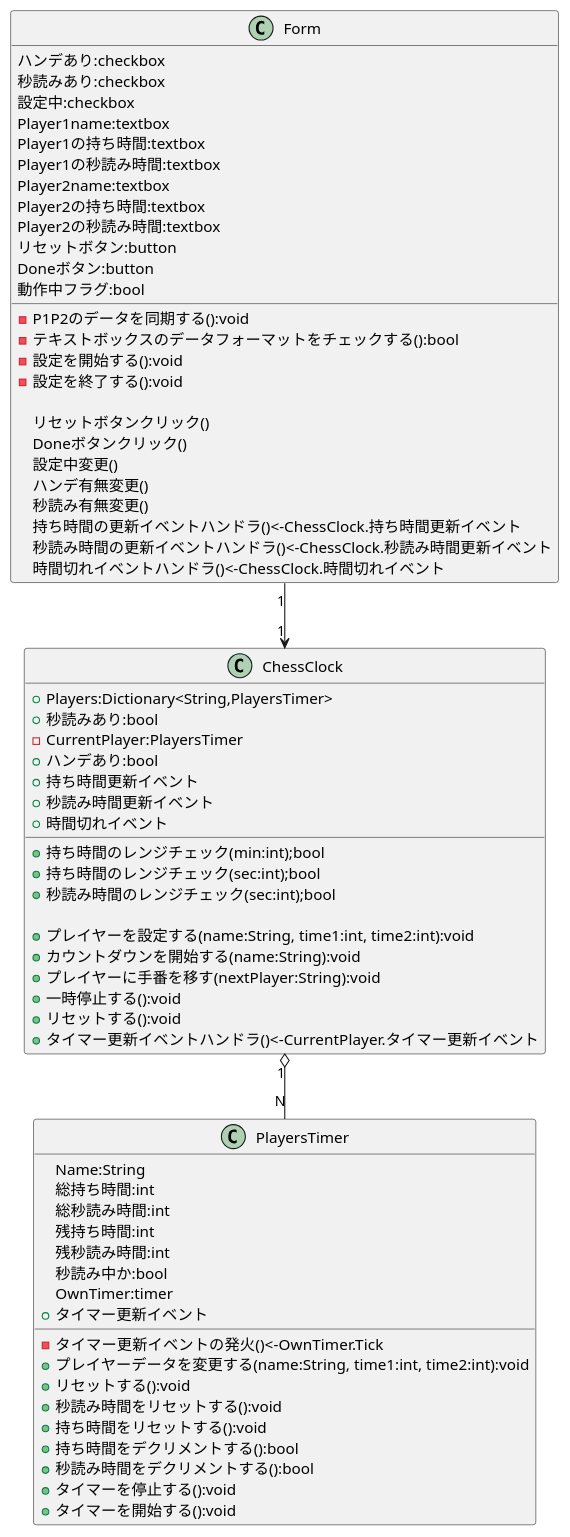
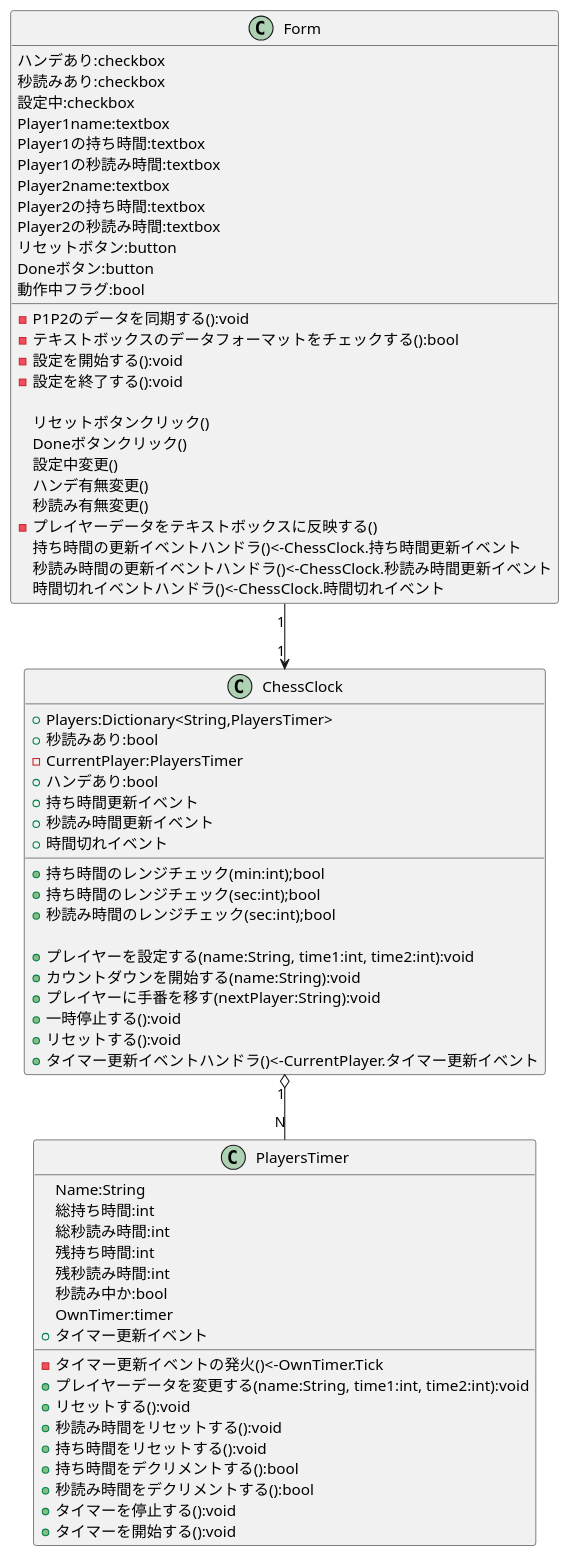
Before and after one commit to hiratashinnya/ChessClock: the diagram in docs/07_Class.md, drawn with PlantUML.

Commit message:
クラス図の修正

````diff
--- a/docs/07_Class.md
+++ b/docs/07_Class.md
@@ -10,79 +10,80 @@
 ```plantuml
 @startuml
 skinparam groupInheritance 3
 
 class Form{
   ハンデあり:checkbox
   秒読みあり:checkbox
   設定中:checkbox
   Player1name:textbox
   Player1の持ち時間:textbox
   Player1の秒読み時間:textbox
   Player2name:textbox
   Player2の持ち時間:textbox
   Player2の秒読み時間:textbox
   リセットボタン:button
   Doneボタン:button
   動作中フラグ:bool
  
   -P1P2のデータを同期する():void
   -テキストボックスのデータフォーマットをチェックする():bool
   -設定を開始する():void
   -設定を終了する():void
 
   リセットボタンクリック()
   Doneボタンクリック()
   設定中変更()
   ハンデ有無変更()
   秒読み有無変更()
+  -プレイヤーデータをテキストボックスに反映する()
   持ち時間の更新イベントハンドラ()<-ChessClock.持ち時間更新イベント
   秒読み時間の更新イベントハンドラ()<-ChessClock.秒読み時間更新イベント
   時間切れイベントハンドラ()<-ChessClock.時間切れイベント
 }
 
 class ChessClock{
   +Players:Dictionary<String,PlayersTimer>
   +秒読みあり:bool
   -CurrentPlayer:PlayersTimer
   +ハンデあり:bool
   +持ち時間更新イベント
   +秒読み時間更新イベント
   +時間切れイベント
   
   +持ち時間のレンジチェック(min:int);bool
   +持ち時間のレンジチェック(sec:int);bool
   +秒読み時間のレンジチェック(sec:int);bool
 
   +プレイヤーを設定する(name:String, time1:int, time2:int):void
   +カウントダウンを開始する(name:String):void
   +プレイヤーに手番を移す(nextPlayer:String):void
   +一時停止する():void
   +リセットする():void
   +タイマー更新イベントハンドラ()<-CurrentPlayer.タイマー更新イベント
 }
 
 class PlayersTimer{
   Name:String
   総持ち時間:int
   総秒読み時間:int
   残持ち時間:int
   残秒読み時間:int
   秒読み中か:bool
   OwnTimer:timer
   +タイマー更新イベント
 
   -タイマー更新イベントの発火()<-OwnTimer.Tick
   +プレイヤーデータを変更する(name:String, time1:int, time2:int):void
   +リセットする():void
   +秒読み時間をリセットする():void
   +持ち時間をリセットする():void
   +持ち時間をデクリメントする():bool
   +秒読み時間をデクリメントする():bool
   +タイマーを停止する():void
   +タイマーを開始する():void
 }
 
 Form "1" --> "1" ChessClock
 ChessClock "1" o-- "N" PlayersTimer
 @enduml
 ```
````
